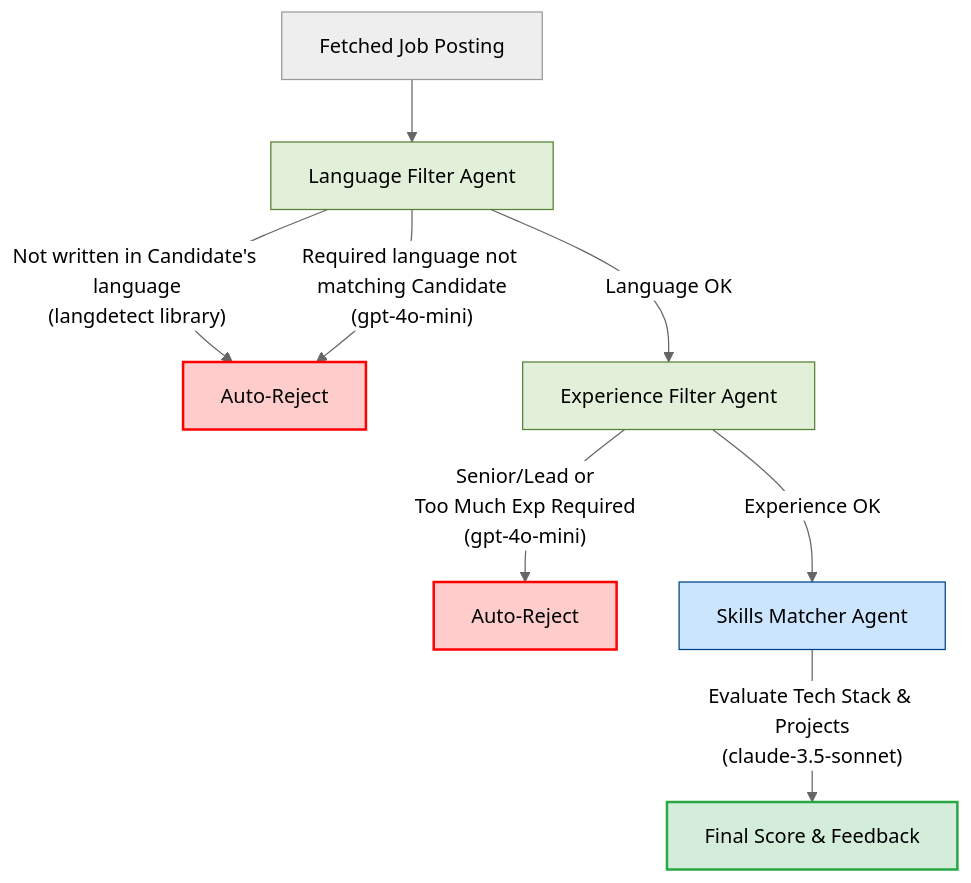
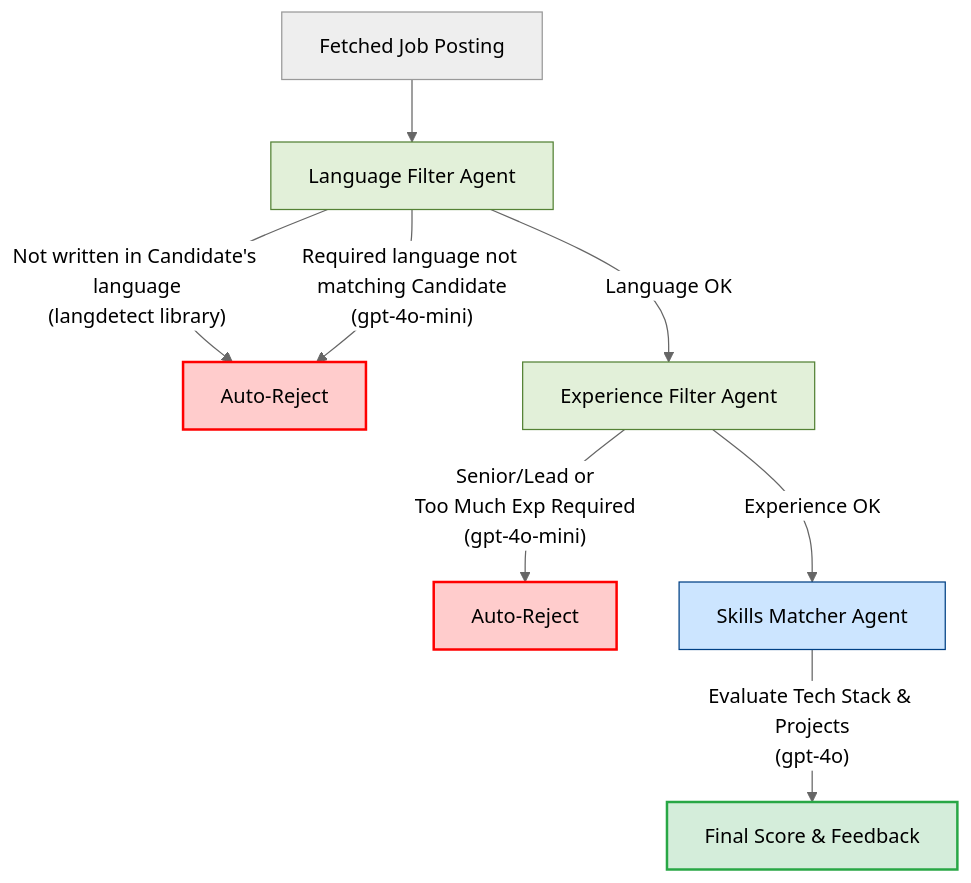
Before and after one commit to ducchuu/agent-jobfetching: the diagram in README.md, drawn with Mermaid (neutral theme). The commit also changed other lines of this file and 17 other files, not shown here.

````diff
--- a/README.md
+++ b/README.md
@@ -14,19 +83,19 @@
 ```mermaid
 flowchart TD
     A[Fetched Job Posting] --> B[Language Filter Agent]
     B -- "Not written in Candidate's language<br/>(langdetect library)" --> R1[Auto-Reject]
     B -- "Required language not matching Candidate<br/>(gpt-4o-mini)" --> R1
     
     B -- "Language OK" --> C[Experience Filter Agent]
     C -- "Senior/Lead or<br/>Too Much Exp Required<br/>(gpt-4o-mini)" --> R2[Auto-Reject]
     
     C -- "Experience OK" --> D[Skills Matcher Agent]
-    D -- "Evaluate Tech Stack & Projects<br/>(claude-3.5-sonnet)" --> E[Final Score & Feedback]
+    D -- "Evaluate Tech Stack & Projects<br/>(gpt-4o)" --> E[Final Score & Feedback]
     
     style R1 fill:#ffcccc,stroke:#ff0000,stroke-width:2px,color:#000
     style R2 fill:#ffcccc,stroke:#ff0000,stroke-width:2px,color:#000
     style E fill:#d4edda,stroke:#28a745,stroke-width:2px,color:#000
     style B fill:#e2f0d9,stroke:#548235,color:#000
     style C fill:#e2f0d9,stroke:#548235,color:#000
     style D fill:#cce5ff,stroke:#004085,color:#000
 ```
````
